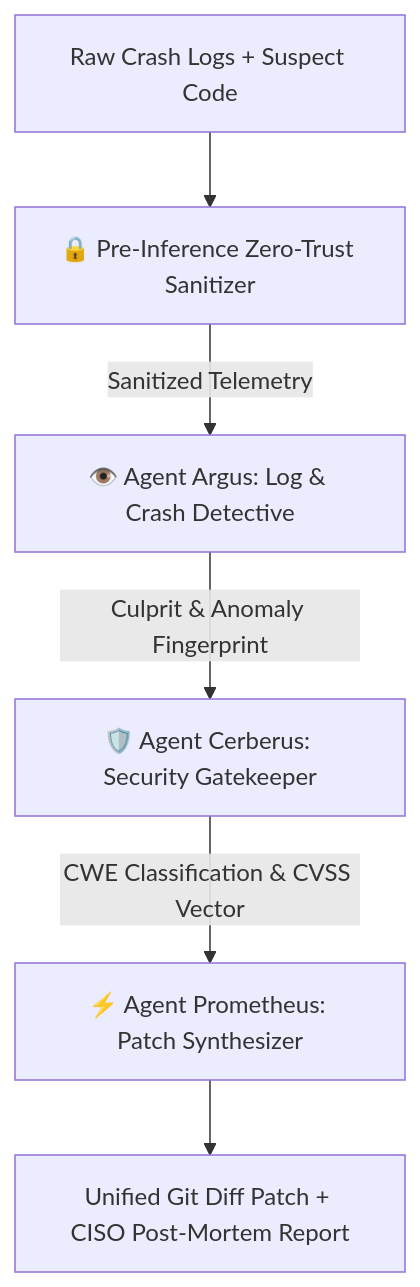
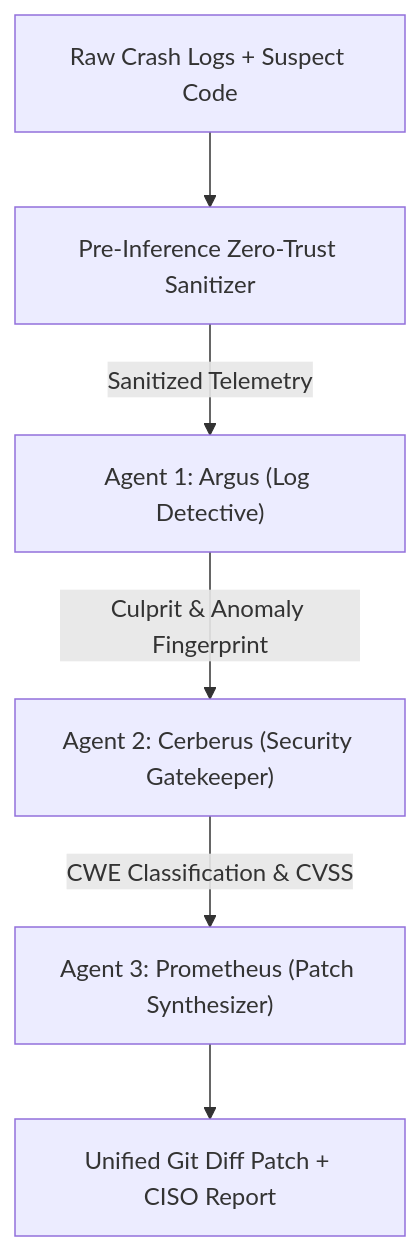
One commit to nitesh5651mondal/ghostaudit changed the diagram in README.md. Above: the diagram before and after it, drawn with Mermaid.

Commit message:
Fix Mermaid diagram syntax in README so GitHub renders rich display

````diff
--- a/README.md
+++ b/README.md
@@ -28,8 +28,8 @@
 ```mermaid
 flowchart TD
-    Raw[Raw Crash Logs + Suspect Code] --> Sanitizer[🔒 Pre-Inference Zero-Trust Sanitizer]
-    Sanitizer -->|Sanitized Telemetry| Argus[👁️ Agent Argus: Log & Crash Detective]
-    Argus -->|Culprit & Anomaly Fingerprint| Cerberus[🛡️ Agent Cerberus: Security Gatekeeper]
-    Cerberus -->|CWE Classification & CVSS Vector| Prometheus[⚡ Agent Prometheus: Patch Synthesizer]
-    Prometheus --> Output[Unified Git Diff Patch + CISO Post-Mortem Report]
+    Raw["Raw Crash Logs + Suspect Code"] --> Sanitizer["Pre-Inference Zero-Trust Sanitizer"]
+    Sanitizer -->|"Sanitized Telemetry"| Argus["Agent 1: Argus (Log Detective)"]
+    Argus -->|"Culprit & Anomaly Fingerprint"| Cerberus["Agent 2: Cerberus (Security Gatekeeper)"]
+    Cerberus -->|"CWE Classification & CVSS"| Prometheus["Agent 3: Prometheus (Patch Synthesizer)"]
+    Prometheus --> Output["Unified Git Diff Patch + CISO Report"]
 ```
````
